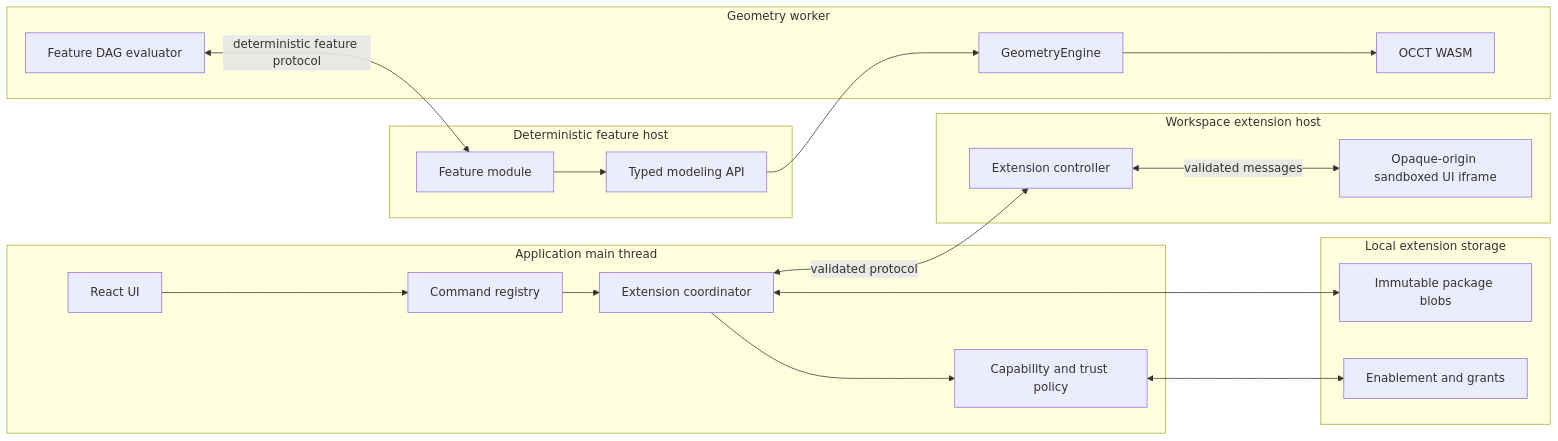
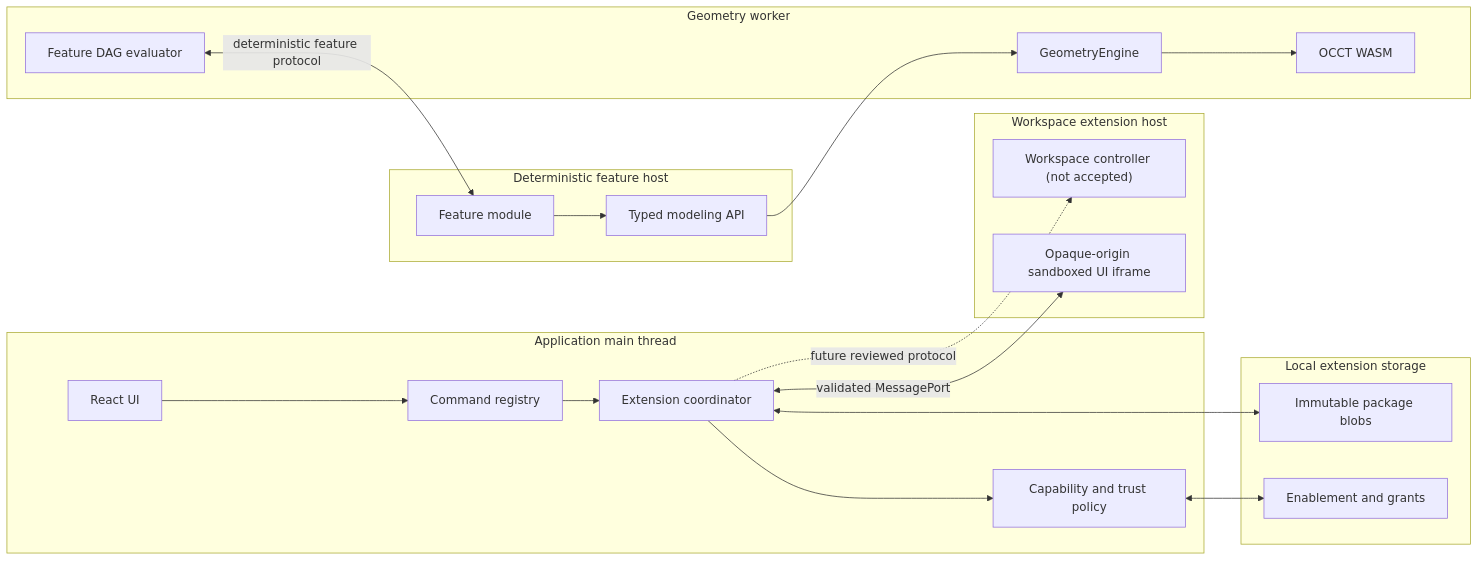
The diagram in docs/architecture/extensions.md (kolengri/VibeShape), drawn with Mermaid before and after one commit. The commit also changed other lines of this file and 41 other files, not shown here.

````diff
--- a/docs/architecture/extensions.md
+++ b/docs/architecture/extensions.md
@@ -182,42 +182,42 @@
 ```mermaid
 flowchart LR
     subgraph Main["Application main thread"]
         UI["React UI"]
         COMMANDS["Command registry"]
         HOST["Extension coordinator"]
         POLICY["Capability and trust policy"]
     end
 
     subgraph FeatureHost["Deterministic feature host"]
         FEATURE["Feature module"]
         MODELAPI["Typed modeling API"]
     end
 
     subgraph WorkspaceHost["Workspace extension host"]
-        WORKSPACE["Extension controller"]
+        WORKSPACE["Workspace controller (not accepted)"]
         FRAME["Opaque-origin sandboxed UI iframe"]
     end
 
     subgraph Geometry["Geometry worker"]
         EVALUATOR["Feature DAG evaluator"]
         ENGINE["GeometryEngine"]
         OCCT["OCCT WASM"]
     end
 
     subgraph Local["Local extension storage"]
         PACKAGES["Immutable package blobs"]
         GRANTS["Enablement and grants"]
     end
 
     UI --> COMMANDS
     COMMANDS --> HOST
     HOST --> POLICY
-    HOST <-->|"validated protocol"| WORKSPACE
-    WORKSPACE <-->|"validated messages"| FRAME
+    HOST -.->|"future reviewed protocol"| WORKSPACE
+    HOST <-->|"validated MessagePort"| FRAME
     EVALUATOR <-->|"deterministic feature protocol"| FEATURE
     FEATURE --> MODELAPI
     MODELAPI --> ENGINE
     ENGINE --> OCCT
     HOST <--> PACKAGES
     POLICY <--> GRANTS
 ```
````
